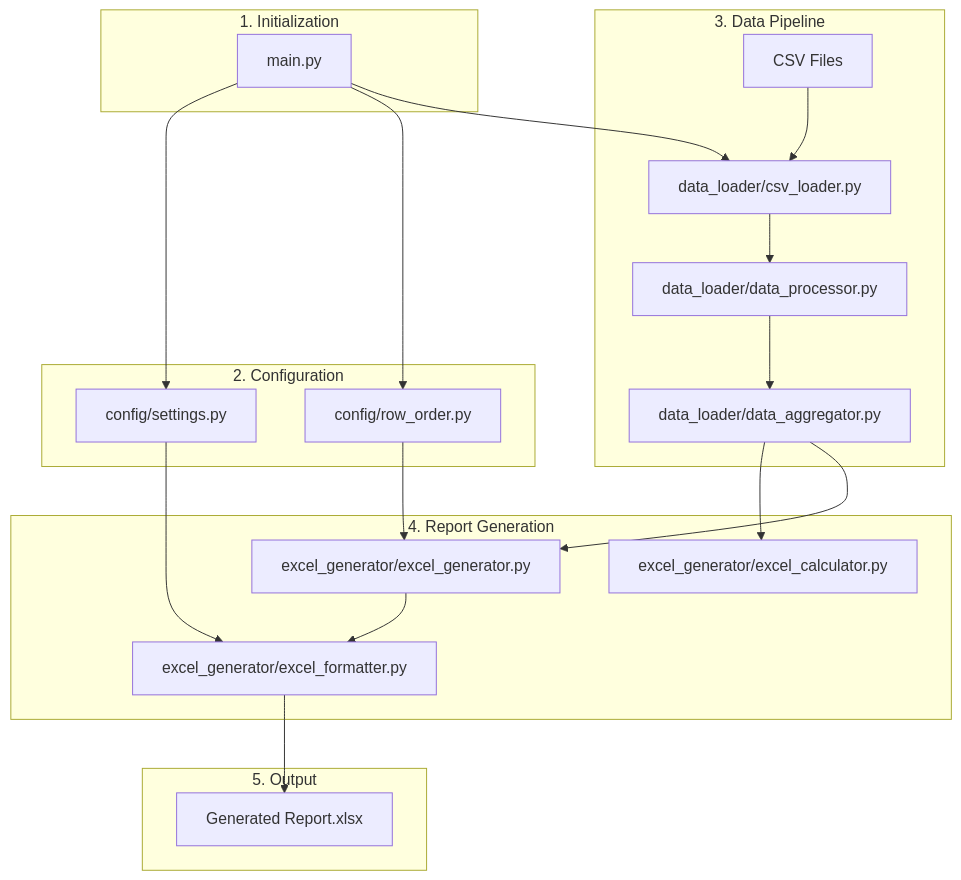
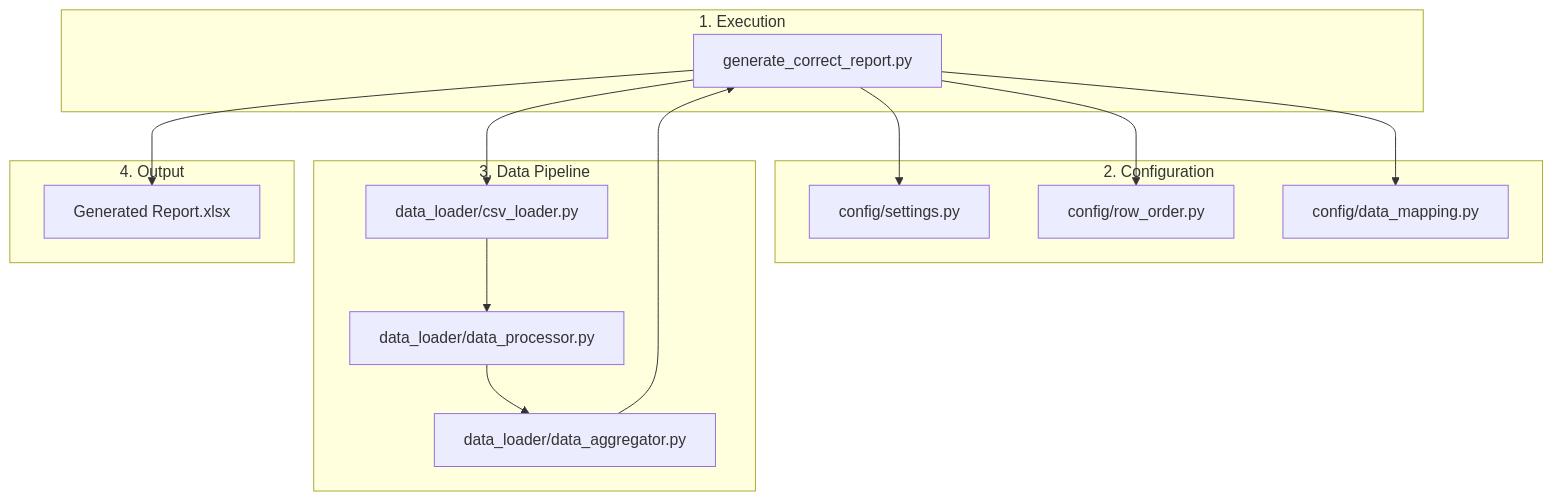
The diagram in report_generator/REPORT_GENERATOR_WORKFLOW.md (kaebmoo/univer), drawn with Mermaid before and after one commit. The commit also changed other lines of this file and 14 other files, not shown here.

````diff
--- a/report_generator/REPORT_GENERATOR_WORKFLOW.md
+++ b/report_generator/REPORT_GENERATOR_WORKFLOW.md
@@ -48,37 +59,34 @@
 ```mermaid
 graph TD
-    subgraph "1. Initialization"
-        A[main.py]
+    subgraph "1. Execution"
+        A[generate_correct_report.py]
     end
 
     subgraph "2. Configuration"
         B[config/settings.py]
         C[config/row_order.py]
+        DM[config/data_mapping.py]
     end
 
     subgraph "3. Data Pipeline"
-        D[CSV Files] --> E[data_loader/csv_loader.py];
-        E --> F[data_loader/data_processor.py];
-        F --> G[data_loader/data_aggregator.py];
+        E[data_loader/csv_loader.py]
+        F[data_loader/data_processor.py]
+        G[data_loader/data_aggregator.py]
     end
 
-    subgraph "4. Report Generation"
-        H[excel_generator/excel_generator.py];
-        I[excel_generator/excel_calculator.py];
-        J[excel_generator/excel_formatter.py];
-    end
-
-    subgraph "5. Output"
+    subgraph "4. Output"
         K[Generated Report.xlsx]
     end
-
+    
     A --> B;
     A --> C;
+    A --> DM;
+
     A --> E;
-    C --> H;
-    G --> I;
-    G --> H;
-    B --> J;
-    H --> J;
-    J --> K;
+    E --> F;
+    F --> G;
+
+    G --> A;
+
+    A --> K;
 ```
````
